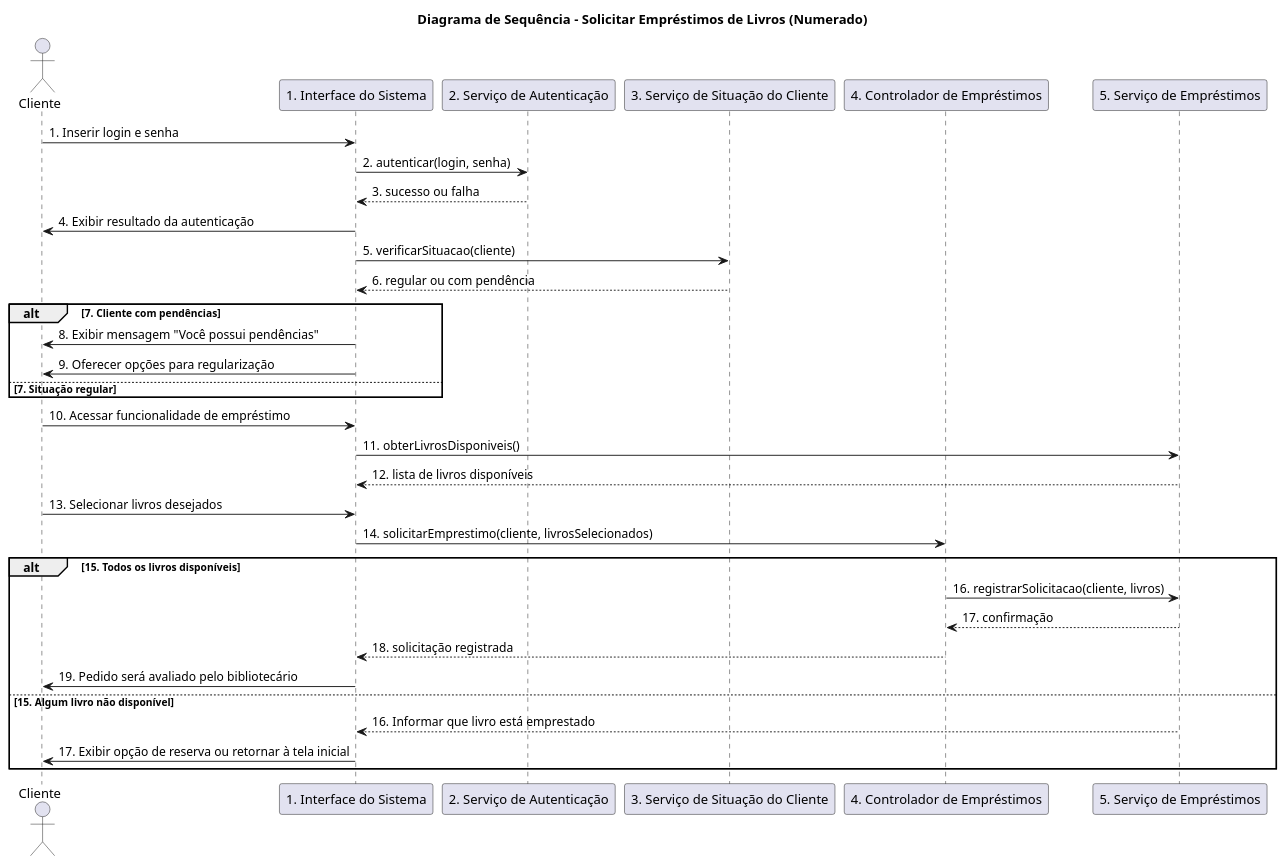
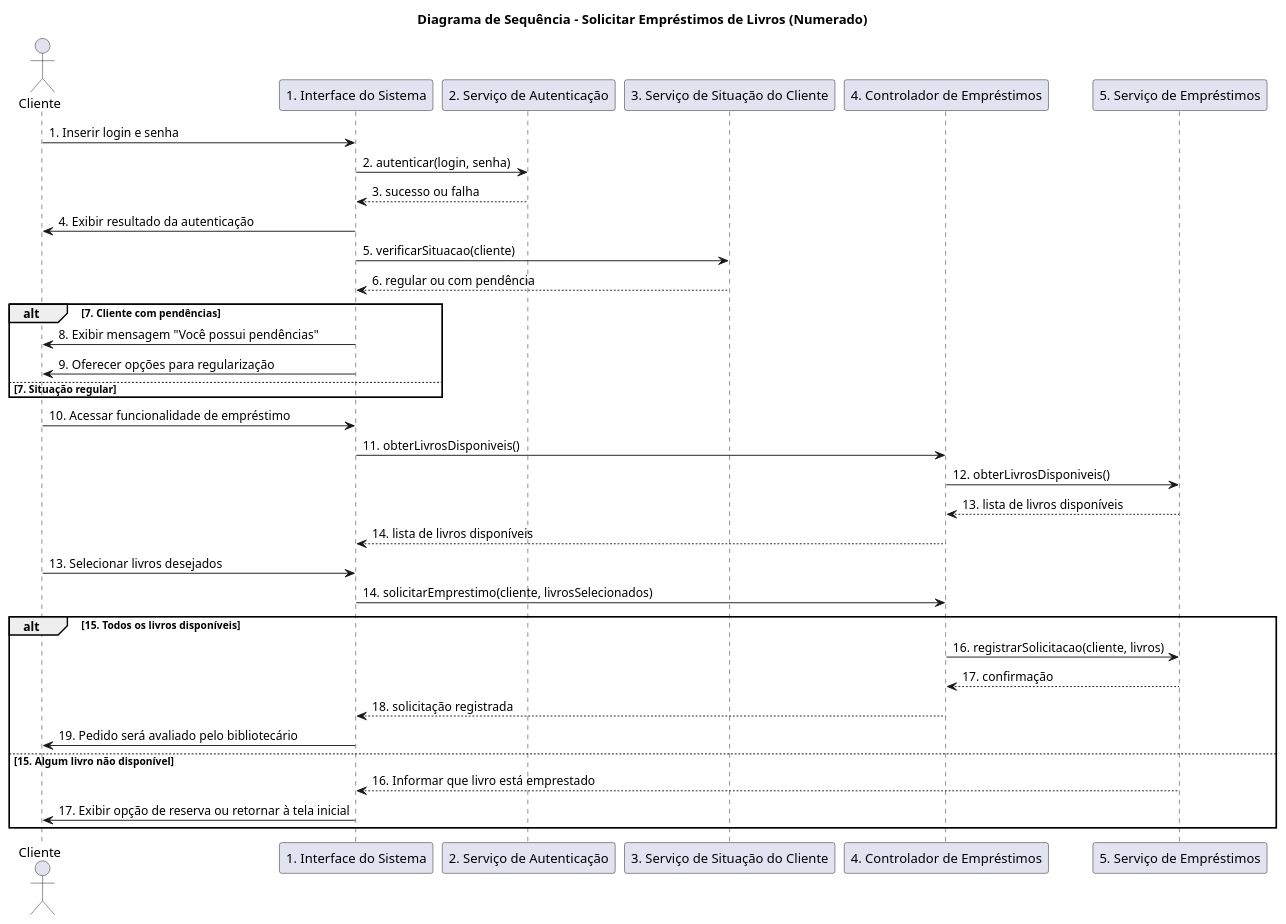
One commit to felipehidequel/aps-biblioteca changed the diagram in sequencia/sequencia_solicitar_emprestimos.iuml. Above: the diagram before and after it, drawn with PlantUML.

```diff
--- a/sequencia/sequencia_solicitar_emprestimos.iuml
+++ b/sequencia/sequencia_solicitar_emprestimos.iuml
@@ -1,46 +1,48 @@
 @startuml
 title Diagrama de Sequência - Solicitar Empréstimos de Livros (Numerado)
 
 actor Cliente
 participant "1. Interface do Sistema" as UI
 participant "2. Serviço de Autenticação" as AuthService
 participant "3. Serviço de Situação do Cliente" as ClienteService
 participant "4. Controlador de Empréstimos" as EmprestimoController
 participant "5. Serviço de Empréstimos" as EmprestimoService
 
 ' 1. Pré-condições: Autenticação
 Cliente -> UI : 1. Inserir login e senha
 UI -> AuthService : 2. autenticar(login, senha)
 AuthService --> UI : 3. sucesso ou falha
 UI -> Cliente : 4. Exibir resultado da autenticação
 
 ' 2. Verificar situação do cliente
 UI -> ClienteService : 5. verificarSituacao(cliente)
 ClienteService --> UI : 6. regular ou com pendência
 
 alt 7. Cliente com pendências
     UI -> Cliente : 8. Exibir mensagem "Você possui pendências"
     UI -> Cliente : 9. Oferecer opções para regularização
 else 7. Situação regular
     ' Fluxo segue normalmente
 end
 
 ' 3. Fluxo Principal
 Cliente -> UI : 10. Acessar funcionalidade de empréstimo
-UI -> EmprestimoService : 11. obterLivrosDisponiveis()
-EmprestimoService --> UI : 12. lista de livros disponíveis
+UI -> EmprestimoController : 11. obterLivrosDisponiveis()
+EmprestimoController -> EmprestimoService : 12. obterLivrosDisponiveis()
+EmprestimoService --> EmprestimoController : 13. lista de livros disponíveis
+EmprestimoController --> UI : 14. lista de livros disponíveis
 
 Cliente -> UI : 13. Selecionar livros desejados
 UI -> EmprestimoController : 14. solicitarEmprestimo(cliente, livrosSelecionados)
 
 alt 15. Todos os livros disponíveis
     EmprestimoController -> EmprestimoService : 16. registrarSolicitacao(cliente, livros)
     EmprestimoService --> EmprestimoController : 17. confirmação
     EmprestimoController --> UI : 18. solicitação registrada
     UI -> Cliente : 19. Pedido será avaliado pelo bibliotecário
 else 15. Algum livro não disponível
     EmprestimoService --> UI : 16. Informar que livro está emprestado
     UI -> Cliente : 17. Exibir opção de reserva ou retornar à tela inicial
 end
 
 @enduml
```
